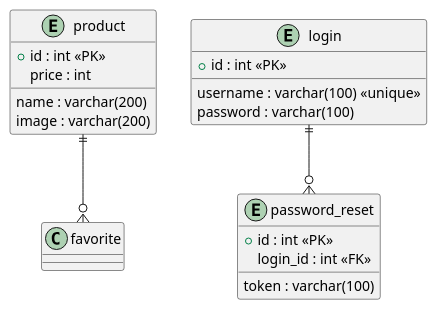
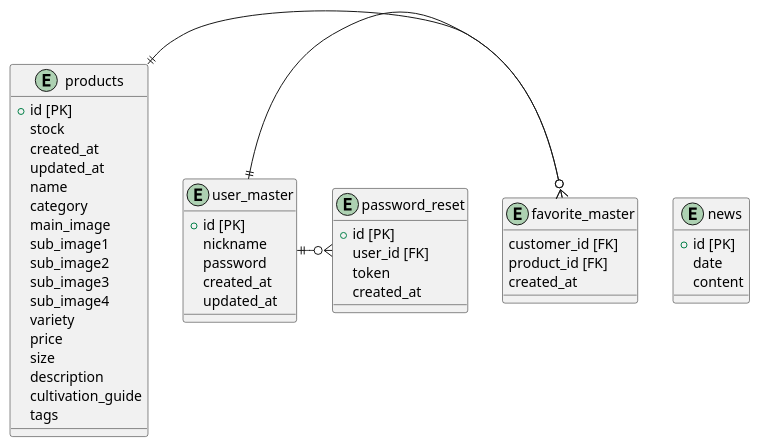
Before and after one commit to oshibas/apprentice: the diagram in week9-10/documents/4_er.pu, drawn with PlantUML. The commit also changed 5 other files, not shown here.

```diff
--- a/week9-10/documents/4_er.pu
+++ b/week9-10/documents/4_er.pu
@@ -1,23 +1,53 @@
 @startuml er
-entity "product" as product {
-  + id : int <<PK>>
-  name : varchar(200)
-  price : int
-  image : varchar(200)
+entity "products" as products {
+  +id [PK]
+  stock
+  created_at
+  updated_at
+  name
+  category
+  main_image
+  sub_image1
+  sub_image2
+  sub_image3
+  sub_image4
+  variety
+  price
+  size
+  description
+  cultivation_guide
+  tags
 }
 
-entity "login" as login {
-  + id : int <<PK>>
-  username : varchar(100) <<unique>>
-  password : varchar(100)
+entity "user_master" as user_master {
+  +id [PK]
+  nickname
+  password
+  created_at
+  updated_at
 }
 
 entity "password_reset" as password_reset {
-  + id : int <<PK>>
-  login_id : int <<FK>>
-  token : varchar(100)
+  +id [PK]
+  user_id [FK]
+  token
+  created_at
 }
 
-product ||--o{ favorite
-login ||--o{ password_reset
+entity "favorite_master" as favorite_master {
+  customer_id [FK]
+  product_id [FK]
+  created_at
+}
+
+entity "news" as news {
+  +id [PK]
+  date
+  content
+}
+
+products ||-o{ favorite_master
+user_master ||-o{ favorite_master
+user_master ||-o{ password_reset
+
 @enduml
```
